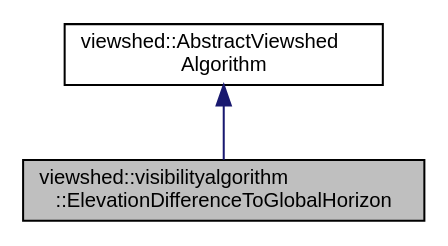
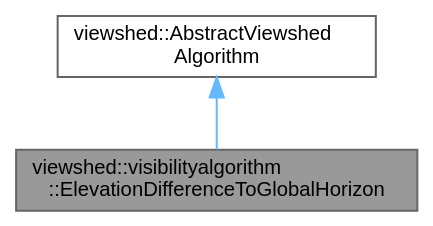
Before and after one commit to JanCaha/cpp-viewshed-library: the diagram in classviewshed_1_1visibilityalgorithm_1_1ElevationDifferenceToGlobalHorizon__inherit__graph.dot, drawn with Graphviz. The commit also changed 320 other files, not shown here.

```diff
--- a/classviewshed_1_1visibilityalgorithm_1_1ElevationDifferenceToGlobalHorizon__inherit__graph.dot
+++ b/classviewshed_1_1visibilityalgorithm_1_1ElevationDifferenceToGlobalHorizon__inherit__graph.dot
@@ -1,9 +1,10 @@
 digraph "viewshed::visibilityalgorithm::ElevationDifferenceToGlobalHorizon"
 {
  // LATEX_PDF_SIZE
-  edge [fontname="Helvetica",fontsize="10",labelfontname="Helvetica",labelfontsize="10"];
-  node [fontname="Helvetica",fontsize="10",shape=record];
-  Node1 [label="viewshed::visibilityalgorithm\l::ElevationDifferenceToGlobalHorizon",height=0.2,width=0.4,color="black", fillcolor="grey75", style="filled", fontcolor="black",tooltip=" "];
-  Node2 -> Node1 [dir="back",color="midnightblue",fontsize="10",style="solid",fontname="Helvetica"];
-  Node2 [label="viewshed::AbstractViewshed\lAlgorithm",height=0.2,width=0.4,color="black", fillcolor="white", style="filled",URL="$classviewshed_1_1AbstractViewshedAlgorithm.html",tooltip="Base class for all Viewshed Algorithms."];
+  bgcolor="transparent";
+  edge [fontname=Helvetica,fontsize=10,labelfontname=Helvetica,labelfontsize=10];
+  node [fontname=Helvetica,fontsize=10,shape=box,height=0.2,width=0.4];
+  Node1 [id="Node000001",label="viewshed::visibilityalgorithm\l::ElevationDifferenceToGlobalHorizon",height=0.2,width=0.4,color="gray40", fillcolor="grey60", style="filled", fontcolor="black",tooltip=" "];
+  Node2 -> Node1 [id="edge1_Node000001_Node000002",dir="back",color="steelblue1",style="solid",tooltip=" "];
+  Node2 [id="Node000002",label="viewshed::AbstractViewshed\lAlgorithm",height=0.2,width=0.4,color="gray40", fillcolor="white", style="filled",URL="$classviewshed_1_1AbstractViewshedAlgorithm.html",tooltip="Base class for all Viewshed Algorithms."];
 }
```
